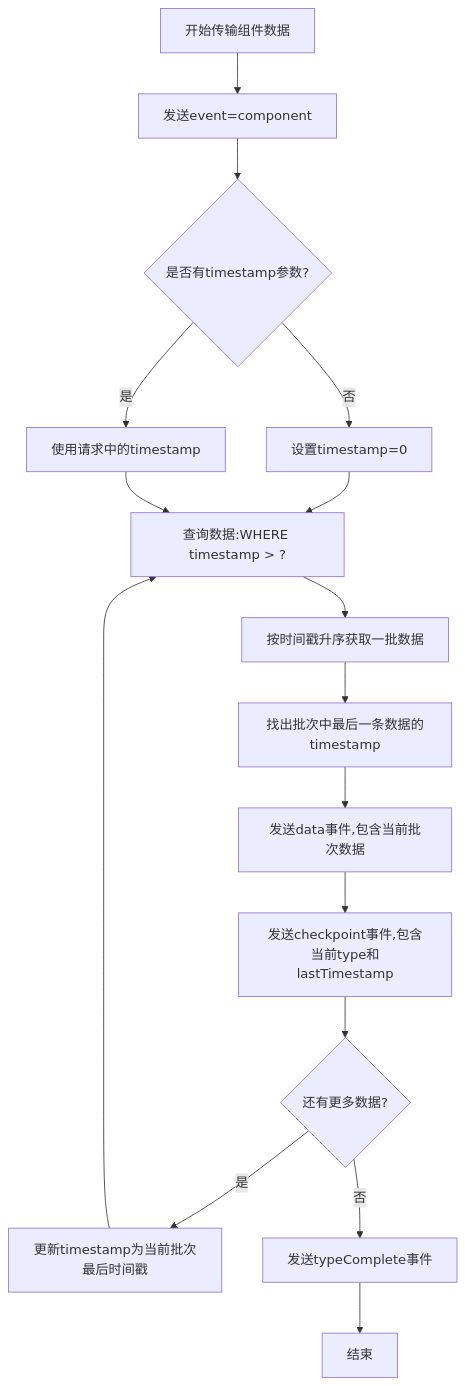
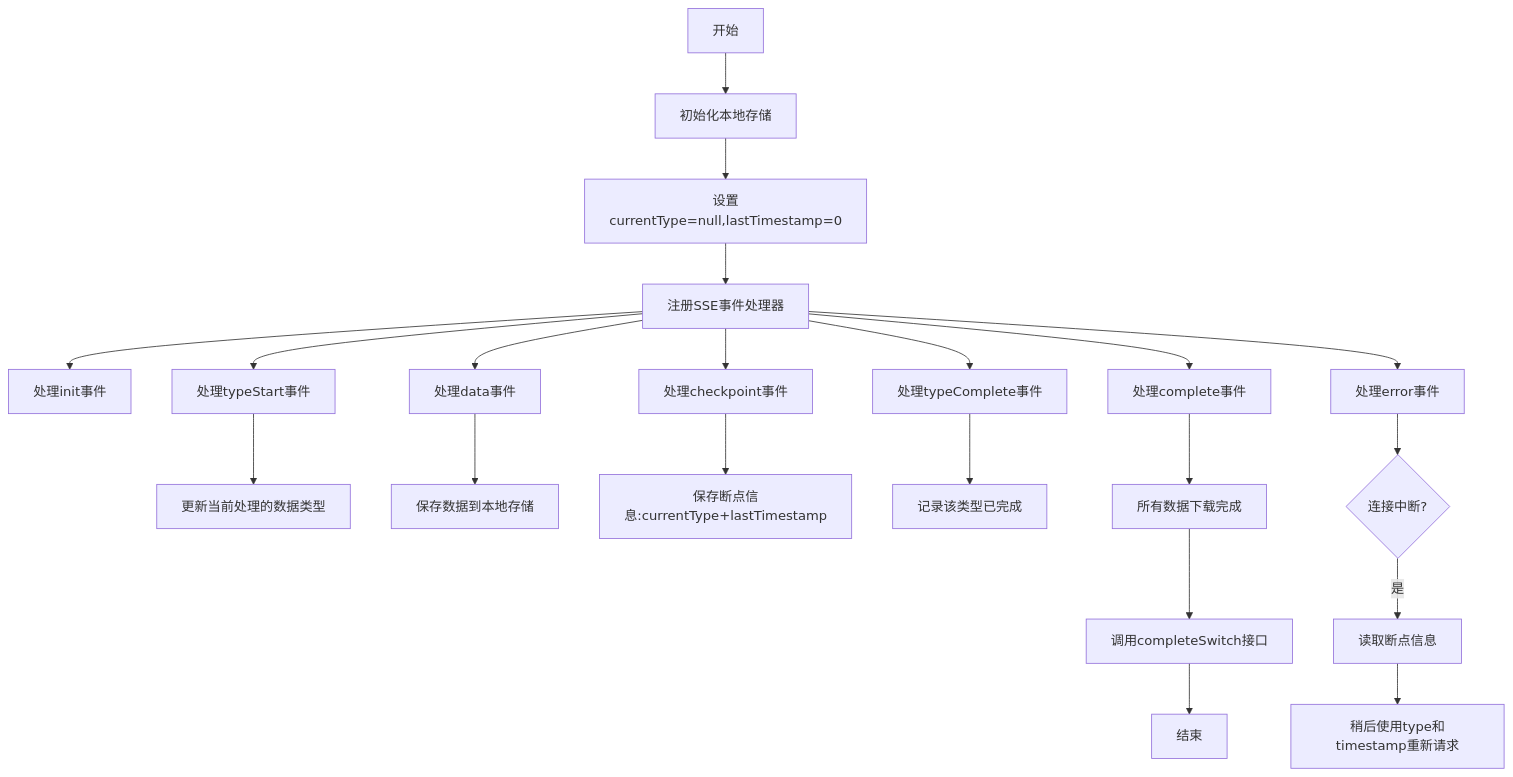
Before and after one commit to yingjianzh/iodraw-files: the diagram in all/未命名-59.md, drawn with Mermaid.

Commit message:
2025-05-14 15:21:53 update

````diff
--- a/all/未命名-59.md
+++ b/all/未命名-59.md
@@ -1,24 +1,29 @@
 ```mermaid
 flowchart TD
-    A[开始传输组件数据] --> B[发送event=component]
+    A[开始] --> B[初始化本地存储]
+    B --> C[设置currentType=null,lastTimestamp=0]
     
-    B --> C{是否有timestamp参数?}
-    C -->|否| D[设置timestamp=0]
-    C -->|是| E[使用请求中的timestamp]
+    C --> D[注册SSE事件处理器]
     
-    D --> F[查询数据:WHERE timestamp > ?]
-    E --> F
+    D --> E[处理init事件]
+    D --> F[处理typeStart事件]
+    D --> G[处理data事件]
+    D --> H[处理checkpoint事件]
+    D --> I[处理typeComplete事件]
+    D --> J[处理complete事件]
+    D --> K[处理error事件]
     
-    F --> G[按时间戳升序获取一批数据]
-    G --> H[找出批次中最后一条数据的timestamp]
+    F --> L[更新当前处理的数据类型]
+    G --> M[保存数据到本地存储]
     
-    H --> I[发送data事件,包含当前批次数据]
-    I --> J[发送checkpoint事件,包含当前type和lastTimestamp]
+    H --> N[保存断点信息:currentType+lastTimestamp]
+    I --> O[记录该类型已完成]
     
-    J --> K{还有更多数据?}
-    K -->|是| L[更新timestamp为当前批次最后时间戳]
-    L --> F
+    K --> P{连接中断?}
+    P -->|是| Q[读取断点信息]
+    Q --> R[稍后使用type和timestamp重新请求]
     
-    K -->|否| M[发送typeComplete事件]
-    M --> N[结束]
+    J --> S[所有数据下载完成]
+    S --> T[调用completeSwitch接口]
+    T --> U[结束]
 ```
````
